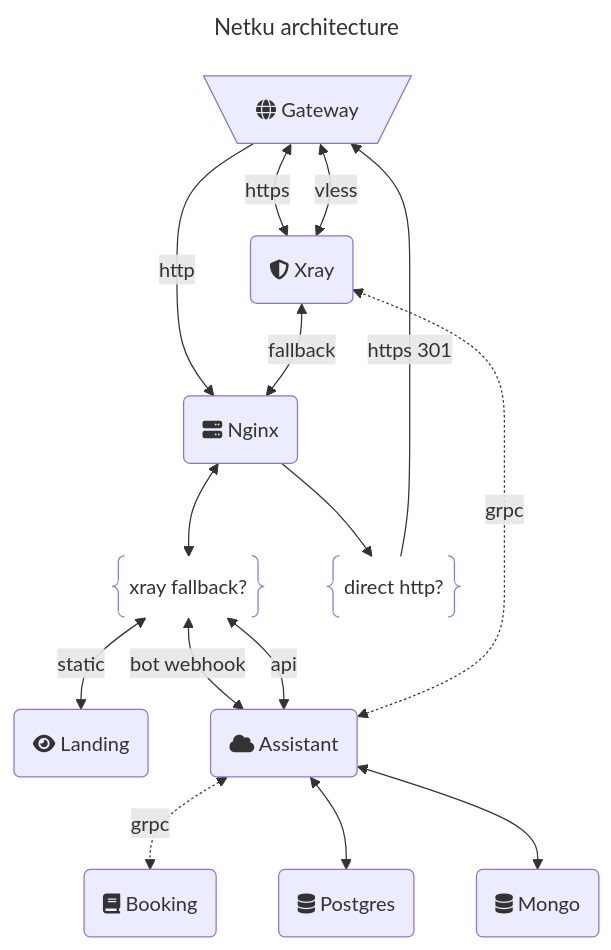
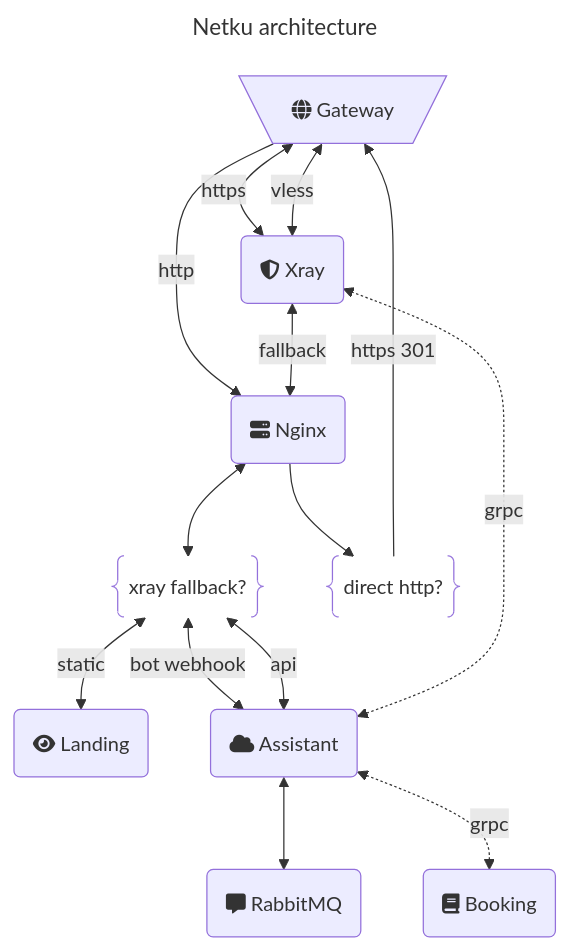
Before and after one commit to infanasotku/netku: the diagram in README.md, drawn with Mermaid. The commit also changed other lines of this file and 1 other file, not shown here.

Commit message:
Moved assistant modules to separated diagram

````diff
--- a/README.md
+++ b/README.md
@@ -20,43 +20,44 @@
 ```mermaid
 ---
 title: Netku architecture
 ---
 flowchart TD
     G@{shape: trap-t, label: "fa:fa-globe Gateway"}
 
 
     N(fa:fa-server Nginx)
     X(fa:fa-shield-halved Xray)
 
     NFallback@{ shape: braces, label: "xray fallback?"}
     Nhttp@{ shape: braces, label: "direct http?"}
 
 
     L(fa:fa-eye Landing)
     A(fa:fa-cloud Assistant)
     B(fa:fa-book Booking)
-    P(fa:fa-database Postgres)
-    M(fa:fa-database Mongo)
+    R(fa:fa-message RabbitMQ)
 
     G <-->|https| X
     G <--> |vless| X
 
     G -->|http| N
     X <--> |fallback| N
 
 
     N --> Nhttp
     N <--> NFallback
 
     Nhttp --> |https 301| G
 
     NFallback <--> |static| L
     NFallback <--> |bot webhook| A
     NFallback <--> |api| A
 
+    A <--> R
+
     A <-.-> |grpc|X
     A <-.-> |grpc|B
 
-    A <--> P
-    A <--> M
+
+
 ```
````
